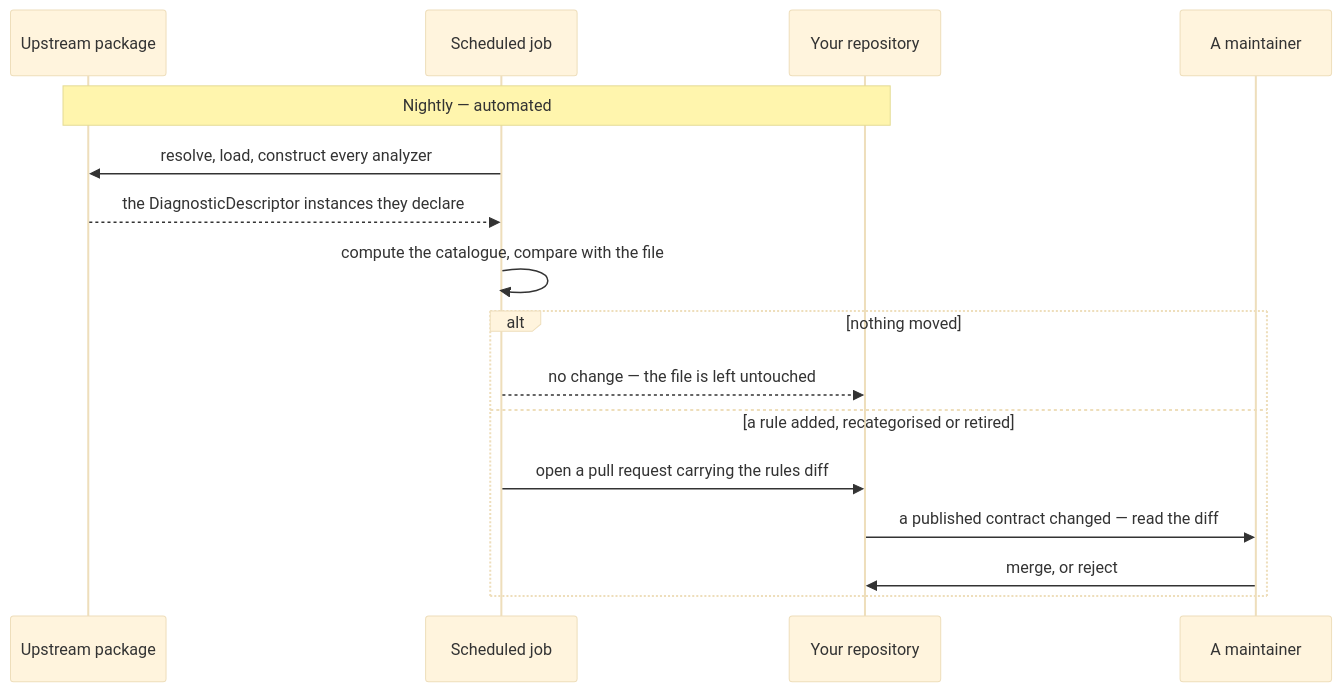
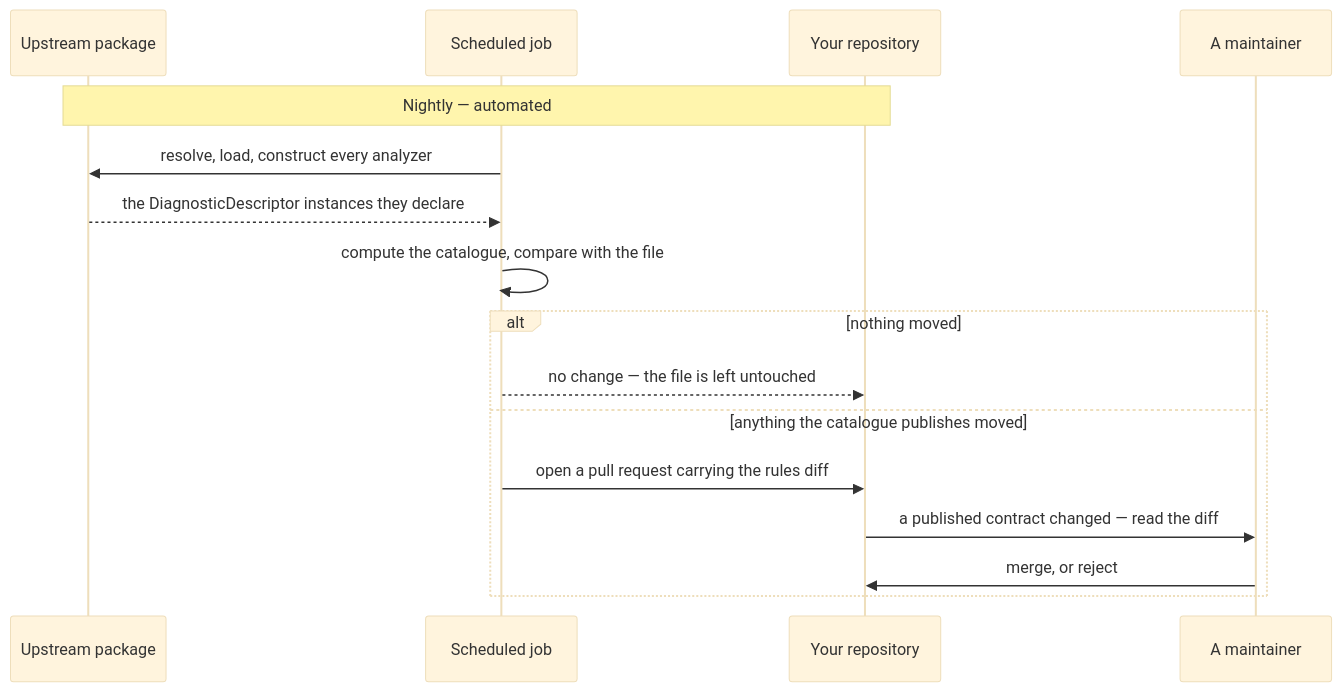
The diagram in doc/guide/ci-integration.en.md (Reefact/diagnostic-catalog), drawn with Mermaid (base theme) before and after one commit. The commit also changed 70 other files, not shown here.

````diff
--- a/doc/guide/ci-integration.en.md
+++ b/doc/guide/ci-integration.en.md
@@ -25,19 +25,19 @@
 ```mermaid
 sequenceDiagram
     participant U as Upstream package
     participant J as Scheduled job
     participant R as Your repository
     participant M as A maintainer
 
     Note over U,R: Nightly — automated
     J->>U: resolve, load, construct every analyzer
     U-->>J: the DiagnosticDescriptor instances they declare
     J->>J: compute the catalogue, compare with the file
     alt nothing moved
         J-->>R: no change — the file is left untouched
-    else a rule added, recategorised or retired
+    else anything the catalogue publishes moved
         J->>R: open a pull request carrying the rules diff
         R->>M: a published contract changed — read the diff
         M->>R: merge, or reject
     end
 ```
````
